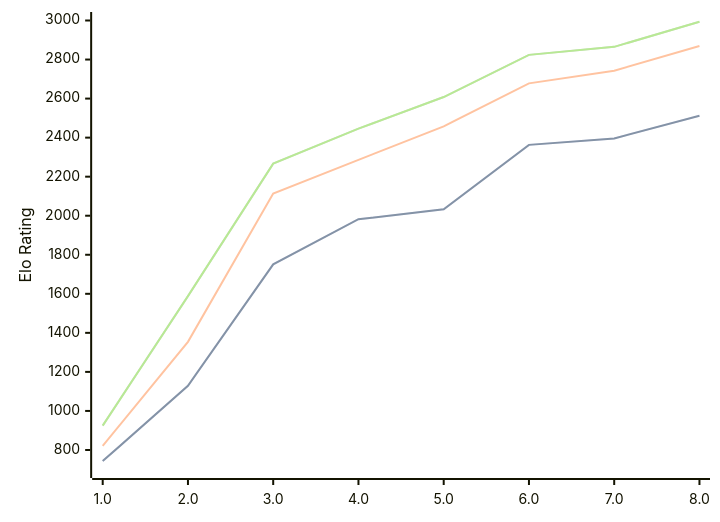
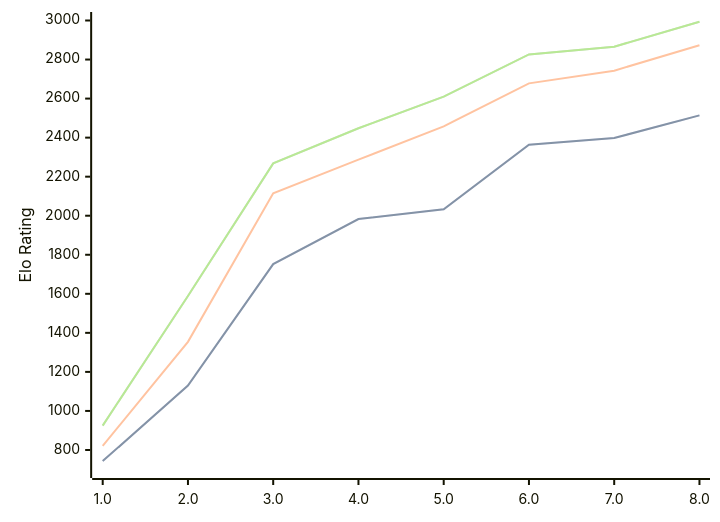
Before and after one commit to computer-chess-index/cci: the diagram in engines/Pea.md, drawn with Mermaid. The commit also changed other lines of this file, not shown here.

Commit message:
Update CCI Ratings (ELO VLTC) - 2026-05-17

````diff
--- a/engines/Pea.md
+++ b/engines/Pea.md
@@ -38,11 +38,11 @@
 ```mermaid
 %%{init: {"theme":"base","themeVariables":{"seriesColors:['#a3a3a3','#222221','#faa371']}}}%%
 xychart-beta
   x-axis ["1.0", "2.0", "3.0", "4.0", "5.0", "6.0", "7.0", "8.0"]
   y-axis "Elo Rating" 700 --> 3000
-  line "STC (8.0+0.08s)" [743, 1129, 1751, 1982, 2033, 2363, 2396, 2512]
-  line "STC (8.0+0.08s)" [743, 1129, 1751, 1982, 2033, 2363, 2396, 2512]
-  line "LTC (60.0+0.60s)" [821, 1354, 2114, 2286, 2458, 2678, 2743, 2869]
-  line "VLTC (2m24s+1.12s)" [925, 1588, 2267, 2446, 2608, 2824, 2865, 2994]
-  line "VLTC (2m24s+1.12s)" [925, 1588, 2267, 2446, 2608, 2824, 2865, 2994]
+  line "STC (8.0+0.08s)" [743, 1130, 1752, 1983, 2033, 2364, 2398, 2514]
+  line "STC (8.0+0.08s)" [743, 1130, 1752, 1983, 2033, 2364, 2398, 2514]
+  line "LTC (60.0+0.60s)" [821, 1354, 2115, 2287, 2458, 2678, 2743, 2873]
+  line "VLTC (2m24s+1.12s)" [925, 1589, 2268, 2448, 2610, 2826, 2866, 2994]
+  line "VLTC (2m24s+1.12s)" [925, 1589, 2268, 2448, 2610, 2826, 2866, 2994]
 ```
````
